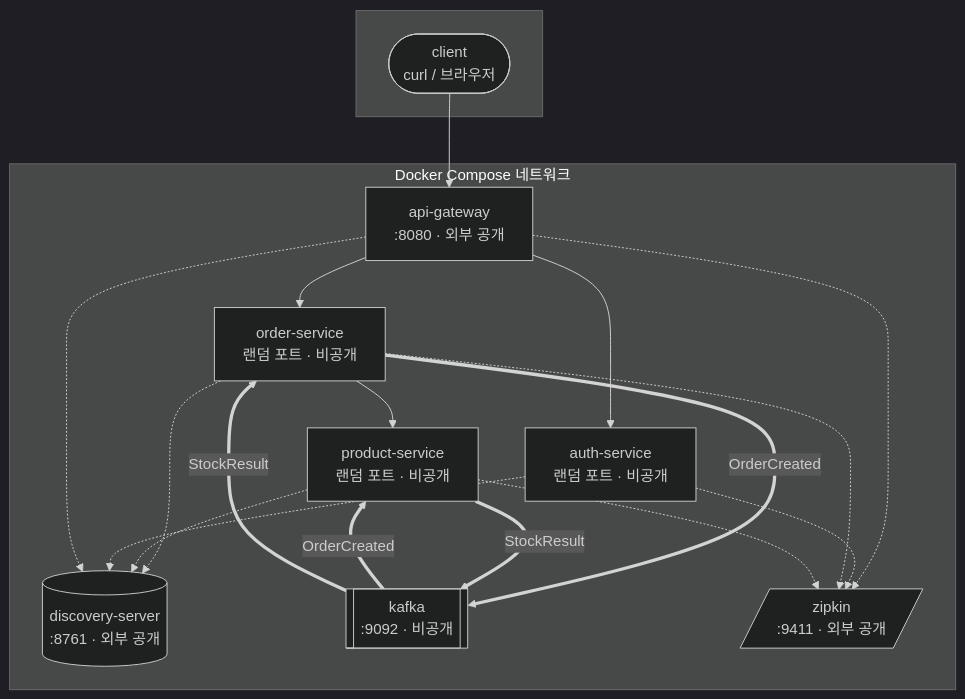
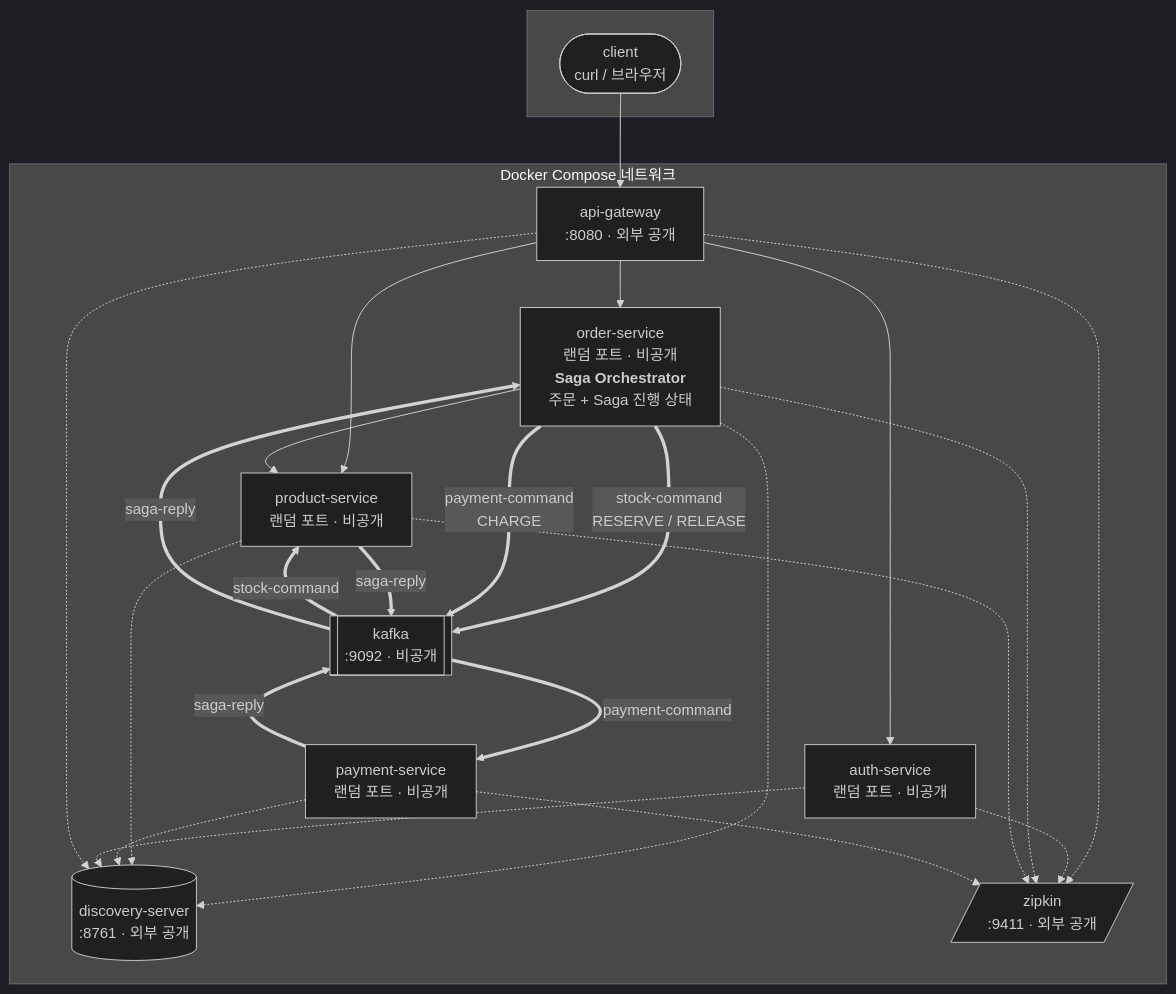
Before and after one commit to Jin-dev92/springboot-simple-msa: the first of 23 diagrams in docs/msa-learning-note.md, drawn with Mermaid (dark theme). The commit also changed other lines of this file and 54 other files, not shown here.

````diff
--- a/docs/msa-learning-note.md
+++ b/docs/msa-learning-note.md
@@ -46,35 +46,42 @@
 ```mermaid
 flowchart TB
     subgraph outside [" "]
         client(["client<br/>curl / 브라우저"])
     end
 
     subgraph net ["Docker Compose 네트워크"]
         gateway["api-gateway<br/>:8080 · 외부 공개"]
         auth["auth-service<br/>랜덤 포트 · 비공개"]
-        order["order-service<br/>랜덤 포트 · 비공개"]
+        order["order-service<br/>랜덤 포트 · 비공개<br/><b>Saga Orchestrator</b><br/>주문 + Saga 진행 상태"]
         product["product-service<br/>랜덤 포트 · 비공개"]
+        payment["payment-service<br/>랜덤 포트 · 비공개"]
         eureka[("discovery-server<br/>:8761 · 외부 공개")]
         kafka[["kafka<br/>:9092 · 비공개"]]
         zipkin[/"zipkin<br/>:9411 · 외부 공개"/]
     end
 
     client --> gateway
     gateway --> auth
     gateway --> order
+    gateway --> product
     order --> product
-    order ==>|"OrderCreated"| kafka
-    kafka ==>|"OrderCreated"| product
-    product ==>|"StockResult"| kafka
-    kafka ==>|"StockResult"| order
+    order ==>|"stock-command<br/>RESERVE / RELEASE"| kafka
+    order ==>|"payment-command<br/>CHARGE"| kafka
+    kafka ==>|"stock-command"| product
+    kafka ==>|"payment-command"| payment
+    product ==>|"saga-reply"| kafka
+    payment ==>|"saga-reply"| kafka
+    kafka ==>|"saga-reply"| order
 
     order -.-> eureka
     product -.-> eureka
+    payment -.-> eureka
     auth -.-> eureka
     gateway -.-> eureka
 
     gateway -.-> zipkin
     auth -.-> zipkin
     order -.-> zipkin
     product -.-> zipkin
+    payment -.-> zipkin
 ```
````
